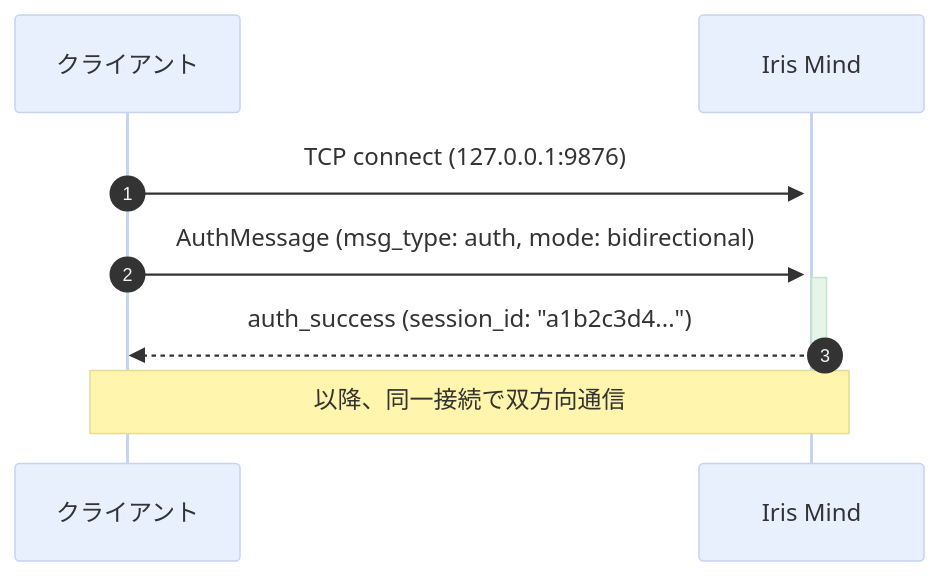
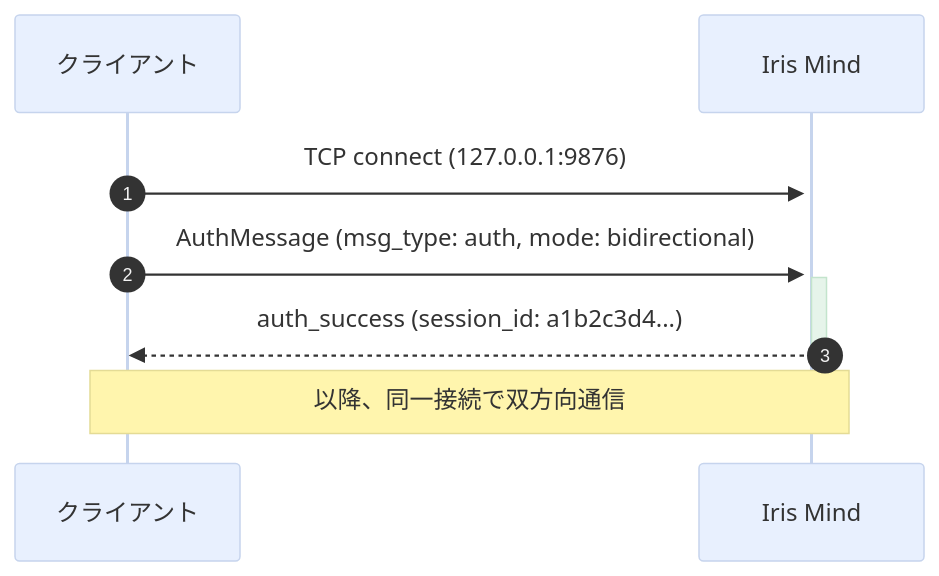
The first of 3 diagrams in docs/ipc-spec.md (ibukani/iris-mind), drawn with Mermaid before and after one commit. The commit also changed other lines of this file, not shown here.

First line of the commit message:
fix: docs/ipc-spec.md の Mermaid 構文エラーを修正

````diff
--- a/docs/ipc-spec.md
+++ b/docs/ipc-spec.md
@@ -69,19 +69,12 @@
 ```mermaid
----
-config:
-  theme: base
-  themeVariables:
-    primaryColor: "#e8f0fe"
-    secondaryColor: "#e6f4ea"
-    tertiaryColor: "#fce8e6"
----
+%%{init: {'theme': 'base', 'themeVariables': { 'primaryColor': '#e8f0fe', 'secondaryColor': '#e6f4ea', 'tertiaryColor': '#fce8e6' }}}%%
 sequenceDiagram
     autonumber
     participant Client as クライアント
     participant Kernel as Iris Mind
 
     Client->>+Kernel: TCP connect (127.0.0.1:9876)
     Client->>+Kernel: AuthMessage (msg_type: auth, mode: bidirectional)
-    Kernel-->>-Client: auth_success (session_id: "a1b2c3d4...")
+    Kernel-->>-Client: auth_success (session_id: a1b2c3d4...)
     Note over Client,Kernel: 以降、同一接続で双方向通信
 ```
````
